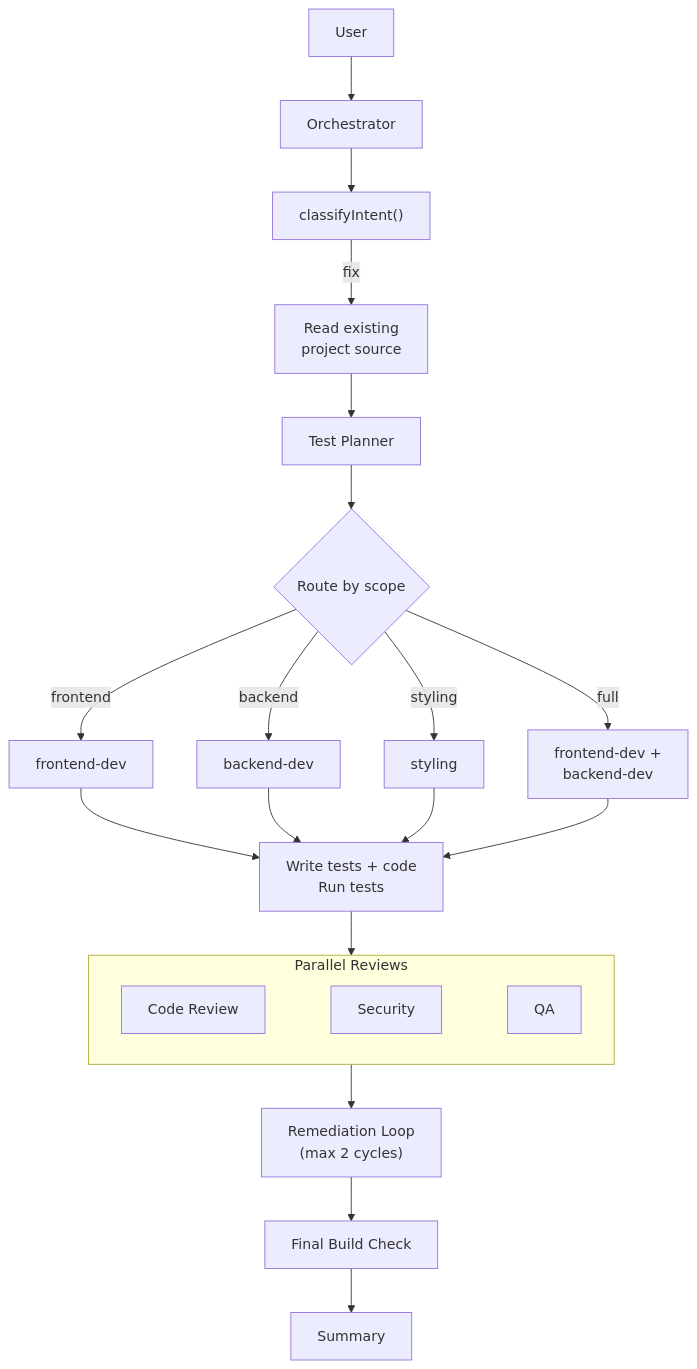
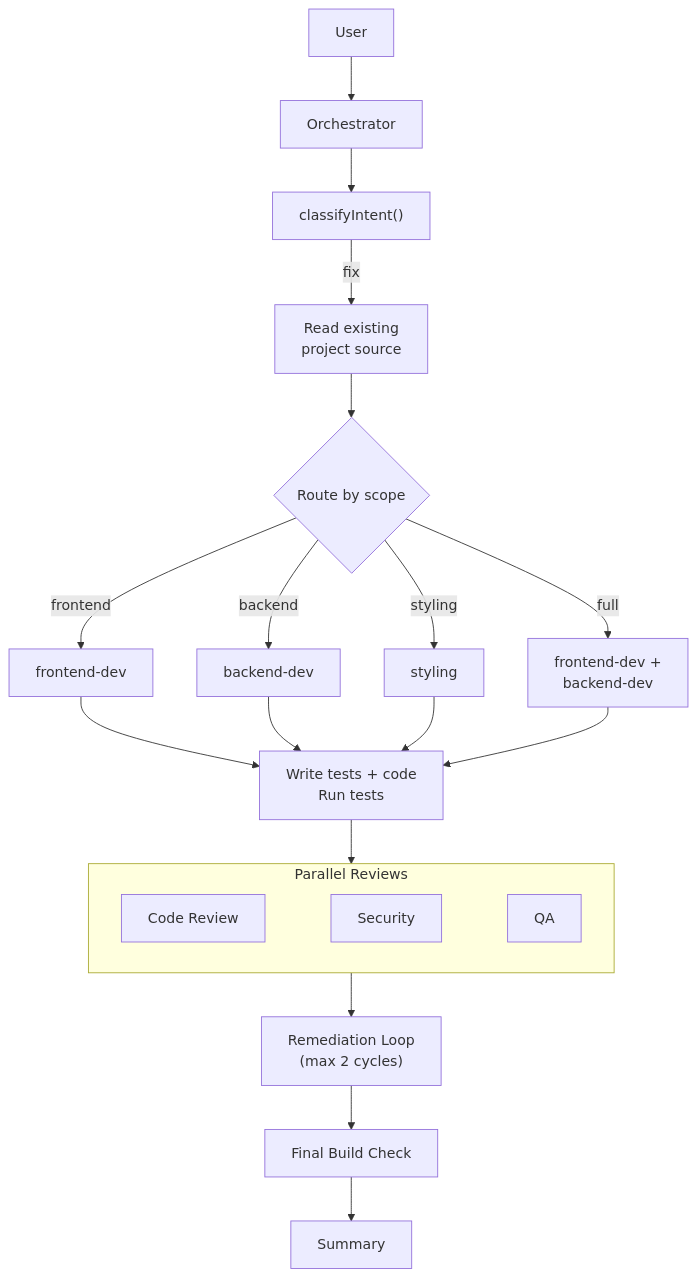
One commit to anthonybaldwin/page-gen changed the second of 3 diagrams in docs/wiki/Agent-Roster.md. Above: the diagram before and after it, drawn with Mermaid. The commit also changed other lines of this file and 11 other files, not shown here.

````diff
--- a/docs/wiki/Agent-Roster.md
+++ b/docs/wiki/Agent-Roster.md
@@ -131,24 +132,23 @@
 ```mermaid
 graph TD
   User --> Orch["Orchestrator"] --> Classify["classifyIntent()"]
   Classify -->|fix| Read["Read existing<br>project source"]
-  Read --> TP["Test Planner"]
-  TP --> Route{"Route by scope"}
+  Read --> Route{"Route by scope"}
 
   Route -->|frontend| FD["frontend-dev"]
   Route -->|backend| BD["backend-dev"]
   Route -->|styling| STY["styling"]
   Route -->|full| FULL["frontend-dev +<br>backend-dev"]
 
   FD & BD & STY & FULL --> Tests["Write tests + code<br>Run tests"]
   Tests --> P3
 
   subgraph P3["Parallel Reviews"]
     direction LR
     CR["Code Review"] ~~~ Sec["Security"] ~~~ QA["QA"]
   end
 
   P3 --> Rem["Remediation Loop<br>(max 2 cycles)"]
   Rem --> Build["Final Build Check"]
   Build --> Summary
 ```
````
